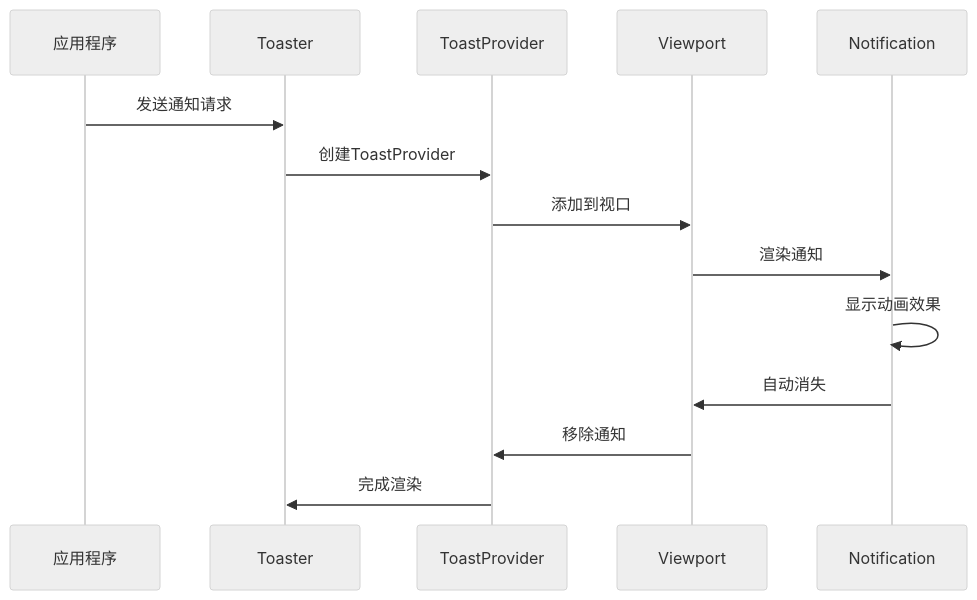
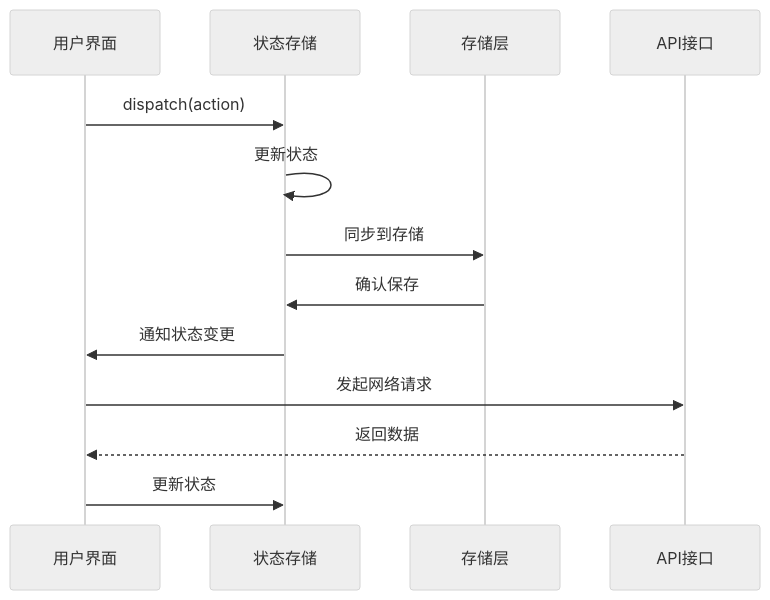
One commit to RadiumAg/bilibili-favorites changed diagram 17 of 24 in .qoder/repowiki/zh/content/开发指南/UI_UX专业设计系统.md. Above: the diagram before and after it, drawn with Mermaid (neutral theme). The commit also changed other lines of this file and 21 other files, not shown here.

````diff
--- a/.qoder/repowiki/zh/content/开发指南/UI_UX专业设计系统.md
+++ b/.qoder/repowiki/zh/content/开发指南/UI_UX专业设计系统.md
@@ -581,16 +643,15 @@
 ```mermaid
 sequenceDiagram
-participant A as 应用程序
-participant T as Toaster
-participant P as ToastProvider
-participant V as Viewport
-participant N as Notification
-A->>T : 发送通知请求
-T->>P : 创建ToastProvider
-P->>V : 添加到视口
-V->>N : 渲染通知
-N->>N : 显示动画效果
-N->>V : 自动消失
-V->>P : 移除通知
-P->>T : 完成渲染
+participant UI as 用户界面
+participant Store as 状态存储
+participant Storage as 存储层
+participant API as API接口
+UI->>Store : dispatch(action)
+Store->>Store : 更新状态
+Store->>Storage : 同步到存储
+Storage->>Store : 确认保存
+Store->>UI : 通知状态变更
+UI->>API : 发起网络请求
+API-->>UI : 返回数据
+UI->>Store : 更新状态
 ```
````
